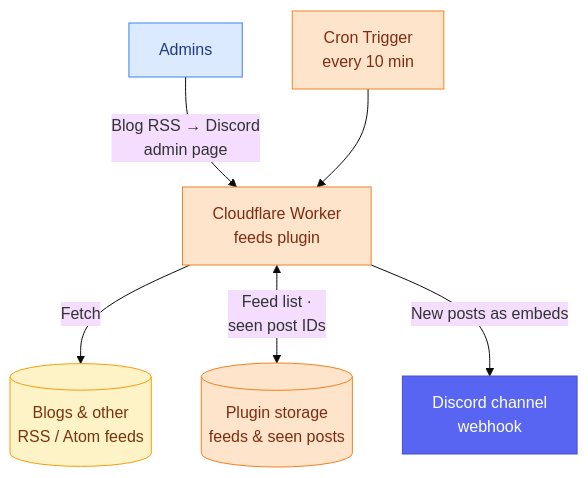
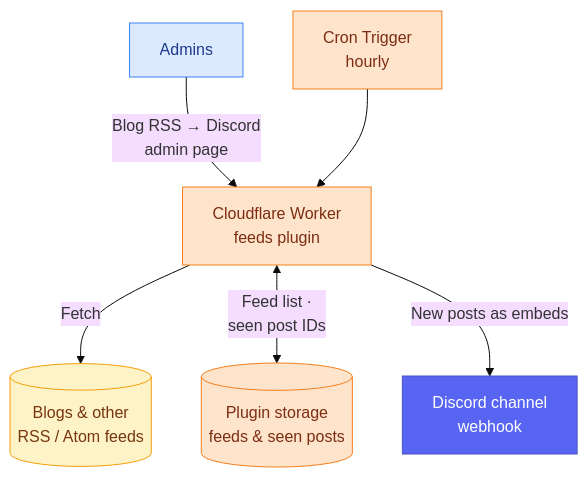
The second of 2 diagrams in worker/README.md (inovus-labs/kiosk.inovuslabs.org), drawn with Mermaid (base theme) before and after one commit. The commit also changed other lines of this file and 2 other files, not shown here.

Commit message:
perf(worker): check blog feeds hourly instead of every 10 minutes

````diff
--- a/worker/README.md
+++ b/worker/README.md
@@ -96,25 +96,25 @@
 ```mermaid
 flowchart TD
     %% ── Sources ─────────────────────────────────
     U[Admins]:::user
     F[(Blogs & other<br/>RSS / Atom feeds)]:::source
 
     %% ── Worker ──────────────────────────────────
-    CR[Cron Trigger<br/>every 10 min]:::cf
+    CR[Cron Trigger<br/>hourly]:::cf
     W[Cloudflare Worker<br/>feeds plugin]:::cf
     KV[(Plugin storage<br/>feeds & seen posts)]:::cf
 
     %% ── Delivery ────────────────────────────────
     D[Discord channel<br/>webhook]:::discord
 
     U -->|Blog RSS → Discord<br/>admin page| W
     CR --> W
     W -->|Fetch| F
     W <-->|Feed list ·<br/>seen post IDs| KV
     W -->|New posts as embeds| D
 
     classDef user    fill:#DBEAFE,stroke:#3B82F6,color:#1E3A8A;
     classDef source  fill:#FEF3C7,stroke:#F59E0B,color:#78350F;
     classDef cf      fill:#FFE4CC,stroke:#F38020,color:#7C2D12;
     classDef discord fill:#5865F2,stroke:#4752C4,color:#FFFFFF;
 ```
````
